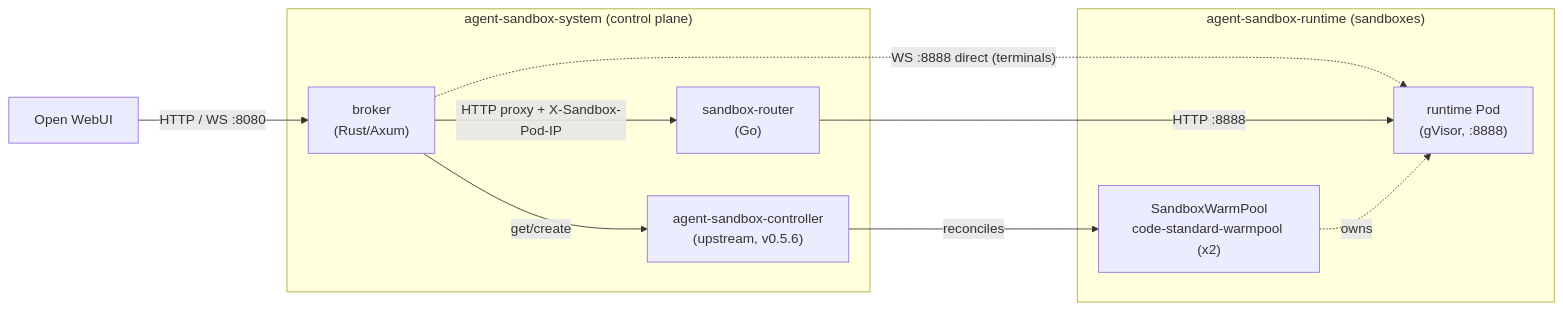
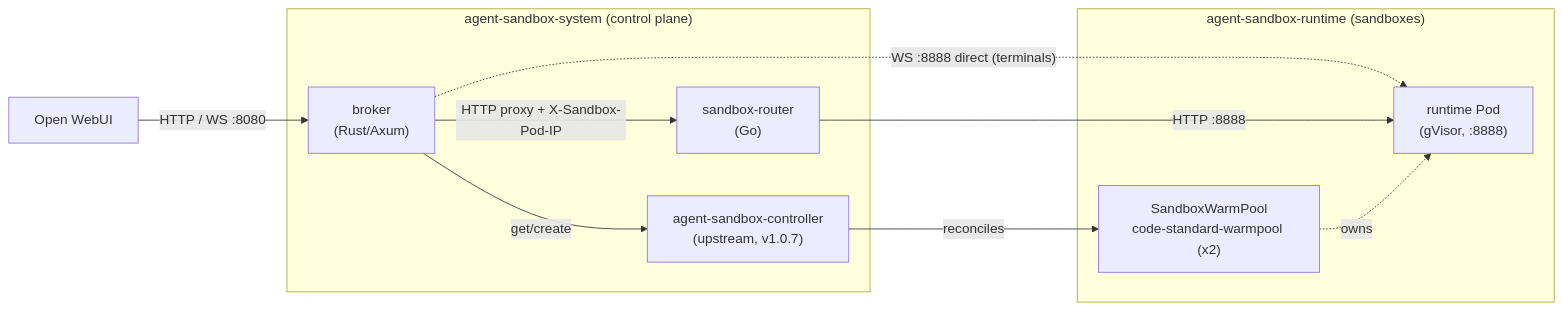
One commit to volkermauel/open-websandbox changed the diagram in README.md. Above: the diagram before and after it, drawn with Mermaid. The commit also changed 21 other files, not shown here.

First line of the commit message:
feat(upstream): vendored agent-sandbox v0.5.6 -> v1.0.7

````diff
--- a/README.md
+++ b/README.md
@@ -36,20 +36,20 @@
 ```mermaid
 flowchart LR
     WebUI["Open WebUI"]
     subgraph cp["agent-sandbox-system (control plane)"]
         Broker["broker<br/>(Rust/Axum)"]
         Router["sandbox-router<br/>(Go)"]
-        Ctrl["agent-sandbox-controller<br/>(upstream, v0.5.6)"]
+        Ctrl["agent-sandbox-controller<br/>(upstream, v1.0.7)"]
     end
     subgraph rt["agent-sandbox-runtime (sandboxes)"]
         WarmPool["SandboxWarmPool<br/>code-standard-warmpool (x2)"]
         Pod["runtime Pod<br/>(gVisor, :8888)"]
     end
     WebUI -->|"HTTP / WS :8080"| Broker
     Broker -->|"HTTP proxy + X-Sandbox-Pod-IP"| Router
     Broker -.->|"WS :8888 direct (terminals)"| Pod
     Router -->|"HTTP :8888"| Pod
     Broker -->|get/create| Ctrl
     Ctrl -->|reconciles| WarmPool
     WarmPool -.->|owns| Pod
 ```
````
